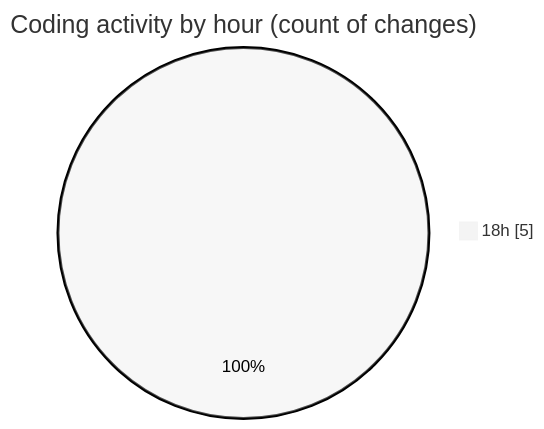
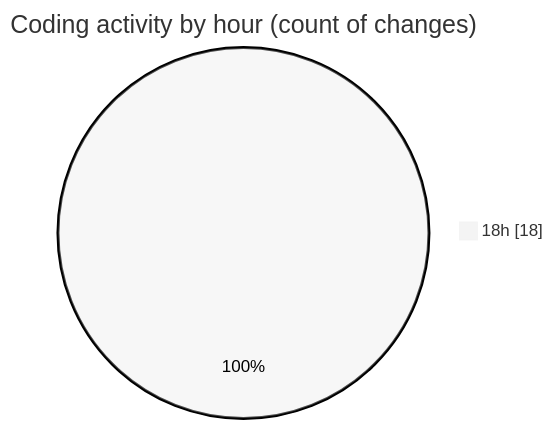
Before and after one commit to ernivani/code-tracking: the second of 2 diagrams in 2025-01-03/my-code-activity-ext/README.md, drawn with Mermaid (neutral theme). The commit also changed other lines of this file and 6 other files, not shown here.

````diff
--- a/2025-01-03/my-code-activity-ext/README.md
+++ b/2025-01-03/my-code-activity-ext/README.md
@@ -29,5 +33,5 @@
 ```mermaid
 pie showData
 title Coding activity by hour (count of changes)
-"18h" : 5
+"18h" : 18
 ```
````
